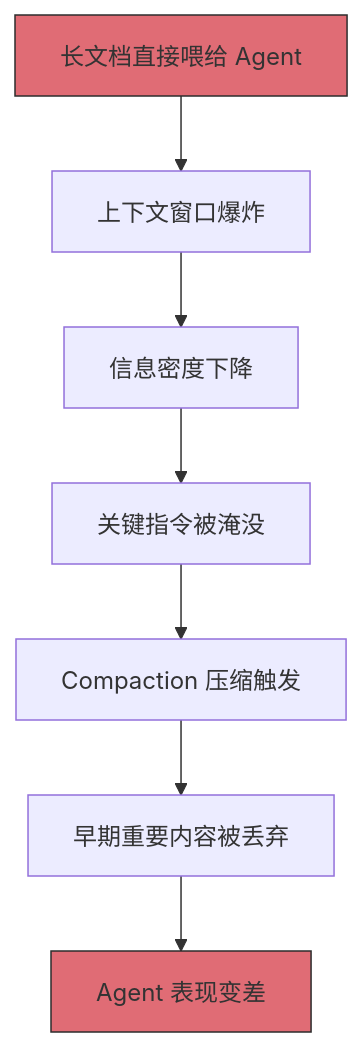
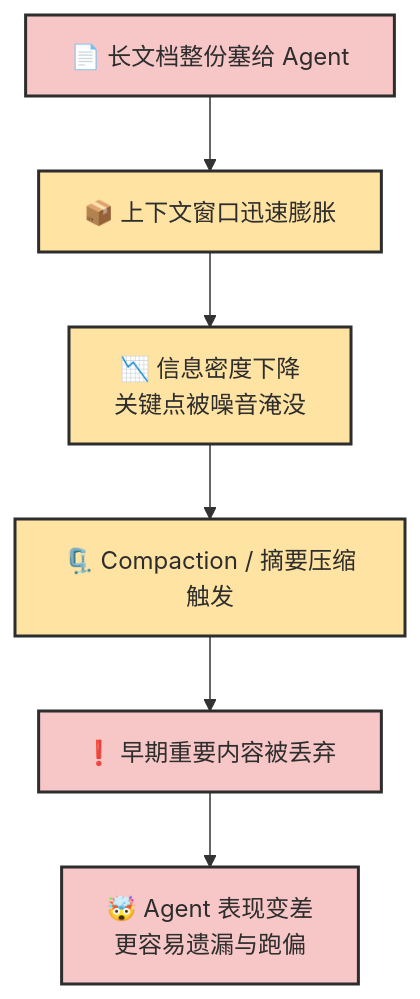
One commit to zht043/AgenticCodingTutorial changed the sixth of 7 diagrams in docs/chapters/ch05-agent-mechanics.md. Above: the diagram before and after it, drawn with Mermaid. The commit also changed other lines of this file and 69 other files, not shown here.

Commit message:
optimize docs and add mermaid validation

````diff
--- a/docs/chapters/ch05-agent-mechanics.md
+++ b/docs/chapters/ch05-agent-mechanics.md
@@ -372,12 +394,14 @@
 ```mermaid
-graph TD
-    A[长文档直接喂给 Agent] --> B[上下文窗口爆炸]
-    B --> C[信息密度下降]
-    C --> D[关键指令被淹没]
-    D --> E[Compaction 压缩触发]
-    E --> F[早期重要内容被丢弃]
-    F --> G[Agent 表现变差]
+flowchart TB
+    classDef risk fill:#f7c6c7,stroke:#2d2d2d,stroke-width:2px,color:#2d2d2d
+    classDef process fill:#ffe3a3,stroke:#2d2d2d,stroke-width:2px,color:#2d2d2d
 
-    style A fill:#e06c75,stroke:#2d2d2d
-    style G fill:#e06c75,stroke:#2d2d2d
+    A["📄 长文档整份塞给 Agent"]:::risk
+    B["📦 上下文窗口迅速膨胀"]:::process
+    C["📉 信息密度下降<br/>关键点被噪音淹没"]:::process
+    D["🗜️ Compaction / 摘要压缩触发"]:::process
+    E["❗ 早期重要内容被丢弃"]:::risk
+    F["🤯 Agent 表现变差<br/>更容易遗漏与跑偏"]:::risk
+
+    A --> B --> C --> D --> E --> F
 ```
````
